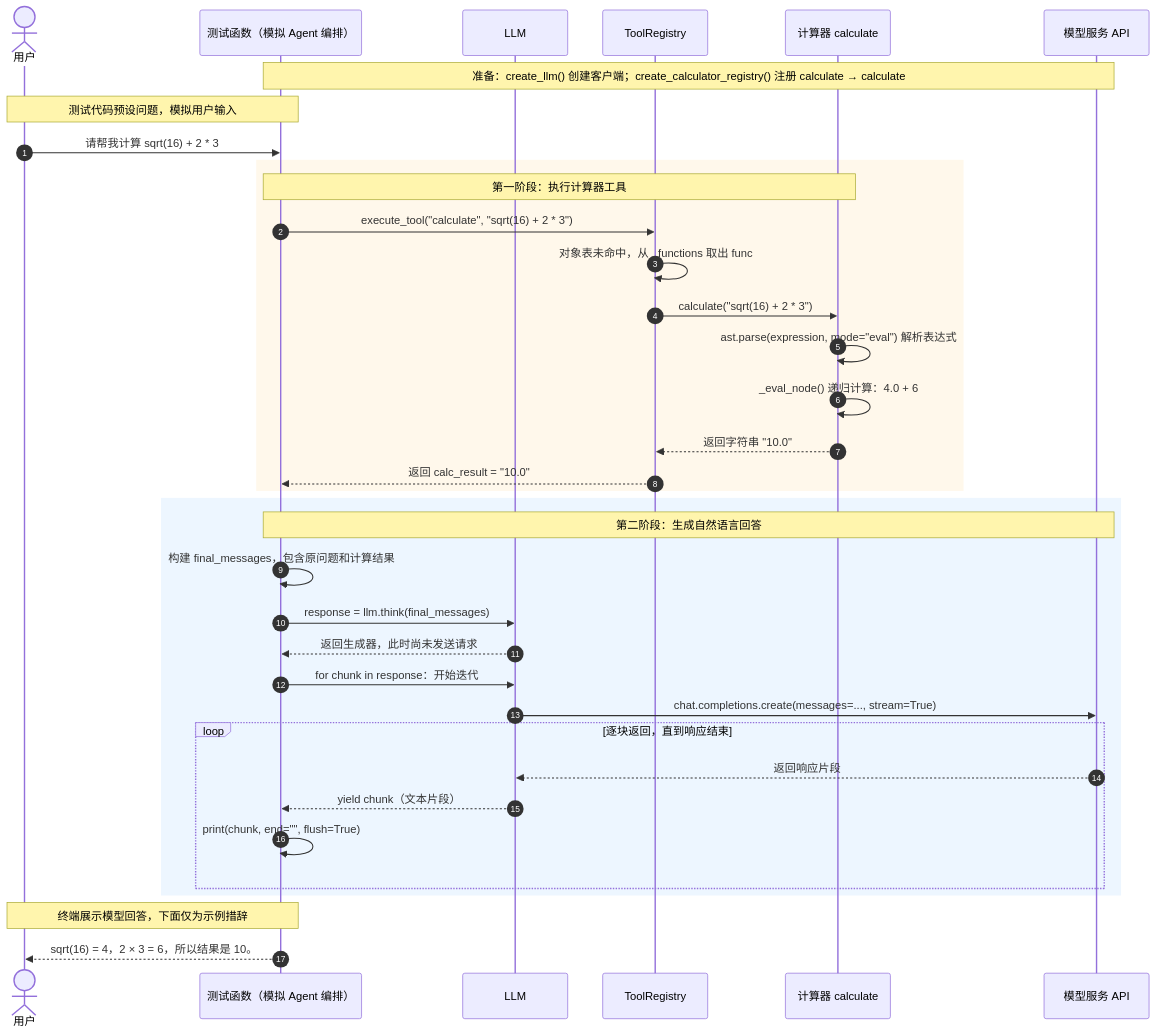
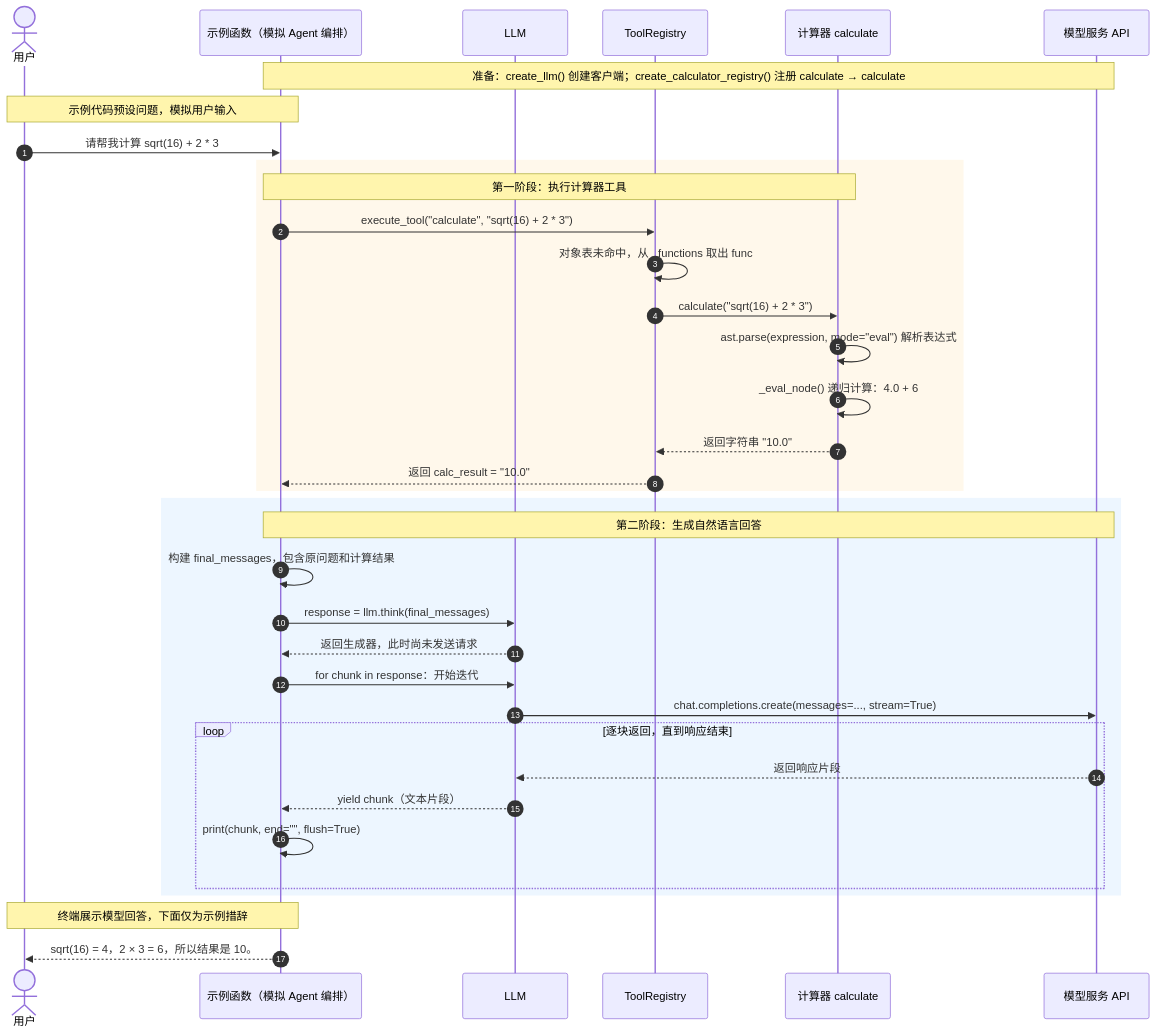
Before and after one commit to SWAlbert-0/agent-practice: the second of 2 diagrams in docs/工具调用流程.md, drawn with Mermaid. The commit also changed other lines of this file and 35 other files, not shown here.

````diff
--- a/docs/工具调用流程.md
+++ b/docs/工具调用流程.md
@@ -89,42 +89,42 @@
 ```mermaid
 sequenceDiagram
     autonumber
     actor User as 用户
-    participant Test as 测试函数（模拟 Agent 编排）
+    participant Test as 示例函数（模拟 Agent 编排）
     participant LLM as LLM
     participant Registry as ToolRegistry
     participant Calc as 计算器 calculate
     participant API as 模型服务 API
 
     Note over Test,API: 准备：create_llm() 创建客户端；create_calculator_registry() 注册 calculate → calculate
-    Note over User,Test: 测试代码预设问题，模拟用户输入
+    Note over User,Test: 示例代码预设问题，模拟用户输入
     User->>Test: 请帮我计算 sqrt(16) + 2 * 3
 
     rect rgb(255, 248, 235)
         Note over Test,Calc: 第一阶段：执行计算器工具
         Test->>Registry: execute_tool("calculate", "sqrt(16) + 2 * 3")
         Registry->>Registry: 对象表未命中，从 _functions 取出 func
         Registry->>Calc: calculate("sqrt(16) + 2 * 3")
         Calc->>Calc: ast.parse(expression, mode="eval") 解析表达式
         Calc->>Calc: _eval_node() 递归计算：4.0 + 6
         Calc-->>Registry: 返回字符串 "10.0"
         Registry-->>Test: 返回 calc_result = "10.0"
     end
 
     rect rgb(237, 246, 255)
         Note over Test,API: 第二阶段：生成自然语言回答
         Test->>Test: 构建 final_messages，包含原问题和计算结果
         Test->>LLM: response = llm.think(final_messages)
         LLM-->>Test: 返回生成器，此时尚未发送请求
         Test->>LLM: for chunk in response：开始迭代
         LLM->>API: chat.completions.create(messages=..., stream=True)
         loop 逐块返回，直到响应结束
             API-->>LLM: 返回响应片段
             LLM-->>Test: yield chunk（文本片段）
             Test->>Test: print(chunk, end="", flush=True)
         end
     end
 
     Note over Test,User: 终端展示模型回答，下面仅为示例措辞
     Test-->>User: sqrt(16) = 4，2 × 3 = 6，所以结果是 10。
 ```
````
